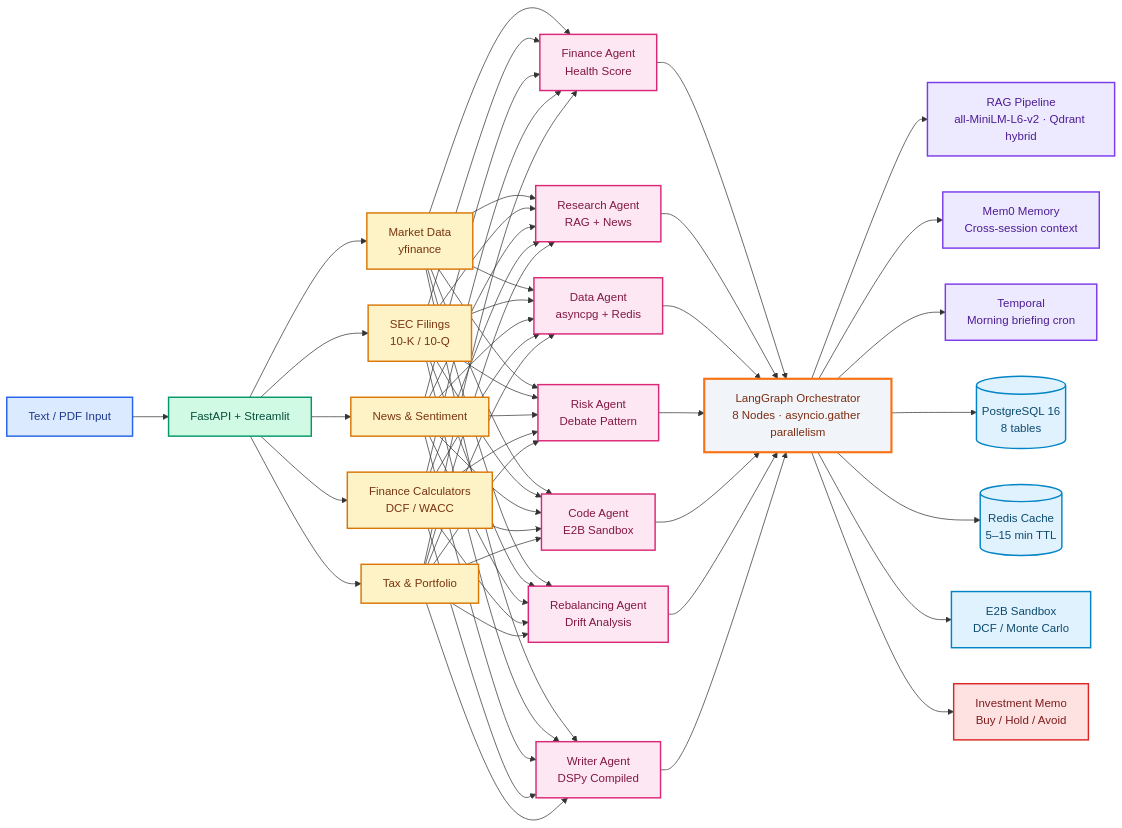
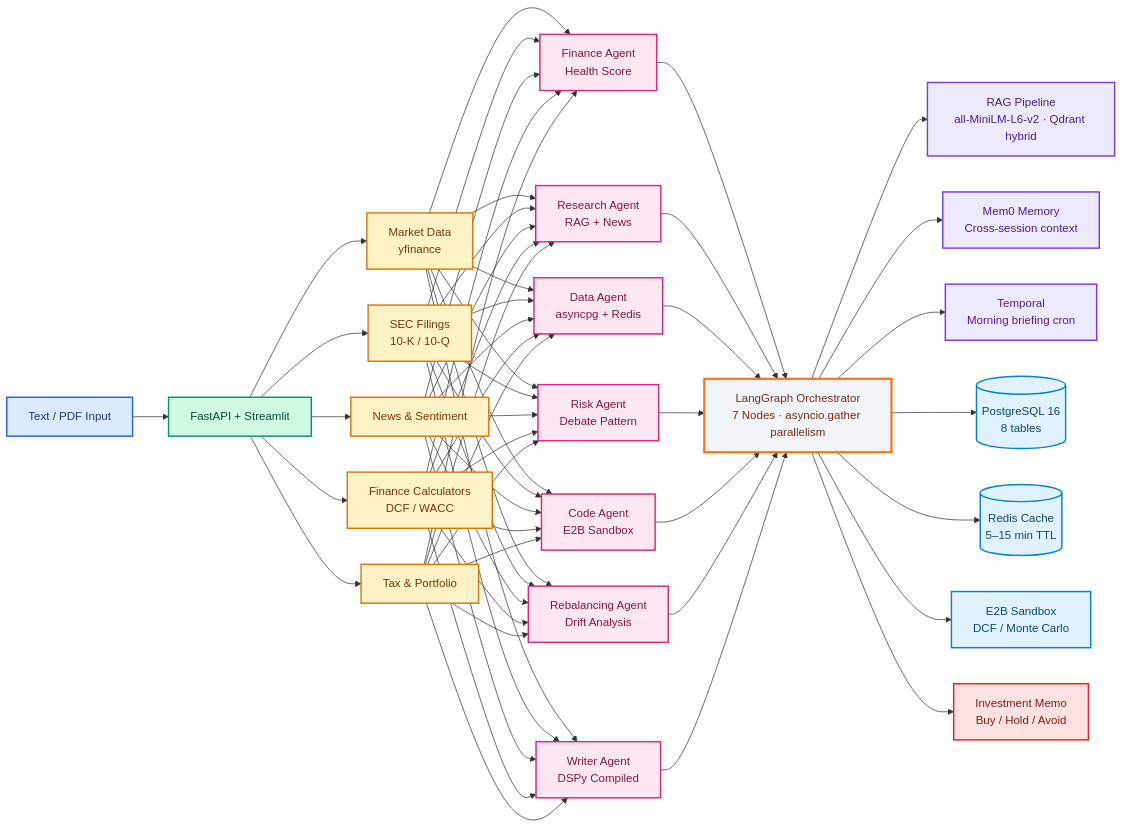
The diagram in README.md (AmanDataGuy/WealthOS), drawn with Mermaid before and after one commit. The commit also changed other lines of this file, not shown here.

````diff
--- a/README.md
+++ b/README.md
@@ -30,39 +30,39 @@
 ```mermaid
 flowchart LR
     classDef input fill:#dbeafe,stroke:#2563eb,stroke-width:2px,color:#1e3a8a
     classDef interface fill:#d1fae5,stroke:#059669,stroke-width:2px,color:#064e3b
     classDef mcp fill:#fef3c7,stroke:#d97706,stroke-width:2px,color:#78350f
     classDef agent fill:#fce7f3,stroke:#db2777,stroke-width:2px,color:#831843
     classDef orch fill:#f1f5f9,stroke:#f97316,stroke-width:3px,color:#7c2d12
     classDef intel fill:#ede9fe,stroke:#7c3aed,stroke-width:2px,color:#4c1d95
     classDef data fill:#e0f2fe,stroke:#0284c7,stroke-width:2px,color:#0c4a6e
     classDef output fill:#fee2e2,stroke:#dc2626,stroke-width:2px,color:#7f1d1d
 
     Input[Text / PDF Input]:::input --> FastAPI[FastAPI + Streamlit]:::interface
 
     FastAPI --> M1[Market Data<br>yfinance]:::mcp
     FastAPI --> M2[SEC Filings<br>10-K / 10-Q]:::mcp
     FastAPI --> M3[News & Sentiment]:::mcp
     FastAPI --> M4[Finance Calculators<br>DCF / WACC]:::mcp
     FastAPI --> M5[Tax & Portfolio]:::mcp
 
     M1 & M2 & M3 & M4 & M5 --> A1[Finance Agent<br>Health Score]:::agent
     M1 & M2 & M3 & M4 & M5 --> A2[Research Agent<br>RAG + News]:::agent
     M1 & M2 & M3 & M4 & M5 --> A3[Data Agent<br>asyncpg + Redis]:::agent
     M1 & M2 & M3 & M4 & M5 --> A4[Risk Agent<br>Debate Pattern]:::agent
     M1 & M2 & M3 & M4 & M5 --> A5[Code Agent<br>E2B Sandbox]:::agent
     M1 & M2 & M3 & M4 & M5 --> A6[Rebalancing Agent<br>Drift Analysis]:::agent
     M1 & M2 & M3 & M4 & M5 --> A7[Writer Agent<br>DSPy Compiled]:::agent
 
-    A1 & A2 & A3 & A4 & A5 & A6 & A7 --> Orchestrator[LangGraph Orchestrator<br>8 Nodes · asyncio.gather parallelism]:::orch
+    A1 & A2 & A3 & A4 & A5 & A6 & A7 --> Orchestrator[LangGraph Orchestrator<br>7 Nodes · asyncio.gather parallelism]:::orch
 
     Orchestrator --> RAG[RAG Pipeline<br>all-MiniLM-L6-v2 · Qdrant hybrid]:::intel
     Orchestrator --> Mem0[Mem0 Memory<br>Cross-session context]:::intel
     Orchestrator --> Temporal[Temporal<br>Morning briefing cron]:::intel
 
     Orchestrator --> DB[(PostgreSQL 16<br>8 tables)]:::data
     Orchestrator --> Cache[(Redis Cache<br>5–15 min TTL)]:::data
     Orchestrator --> Sandbox[E2B Sandbox<br>DCF / Monte Carlo]:::data
 
     Orchestrator --> Output[Investment Memo<br>Buy / Hold / Avoid]:::output
 ```
````
